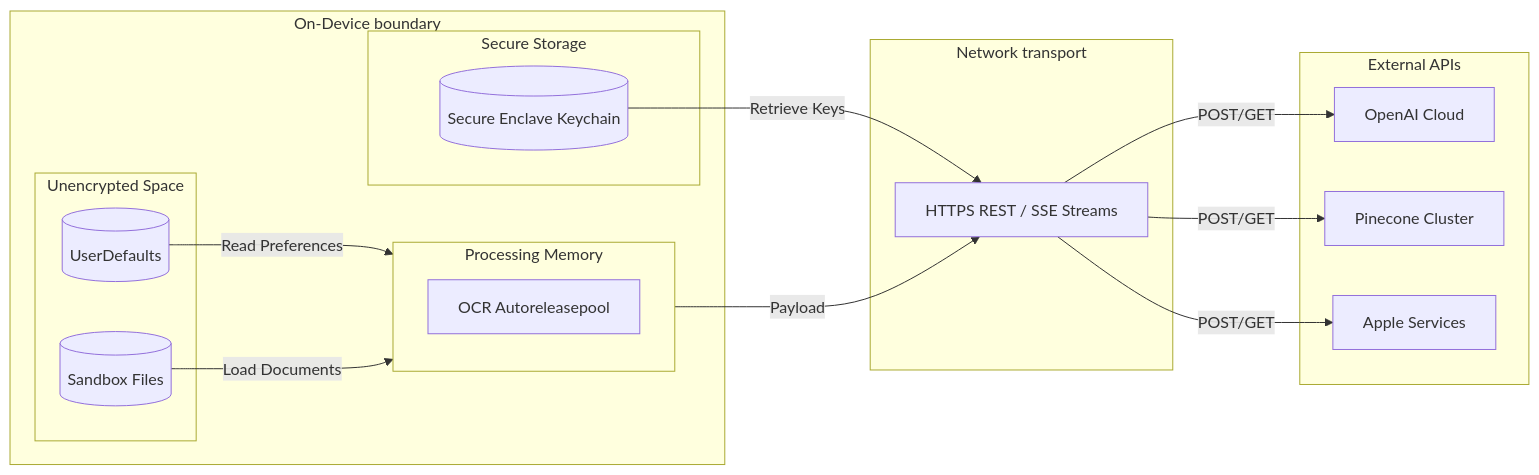
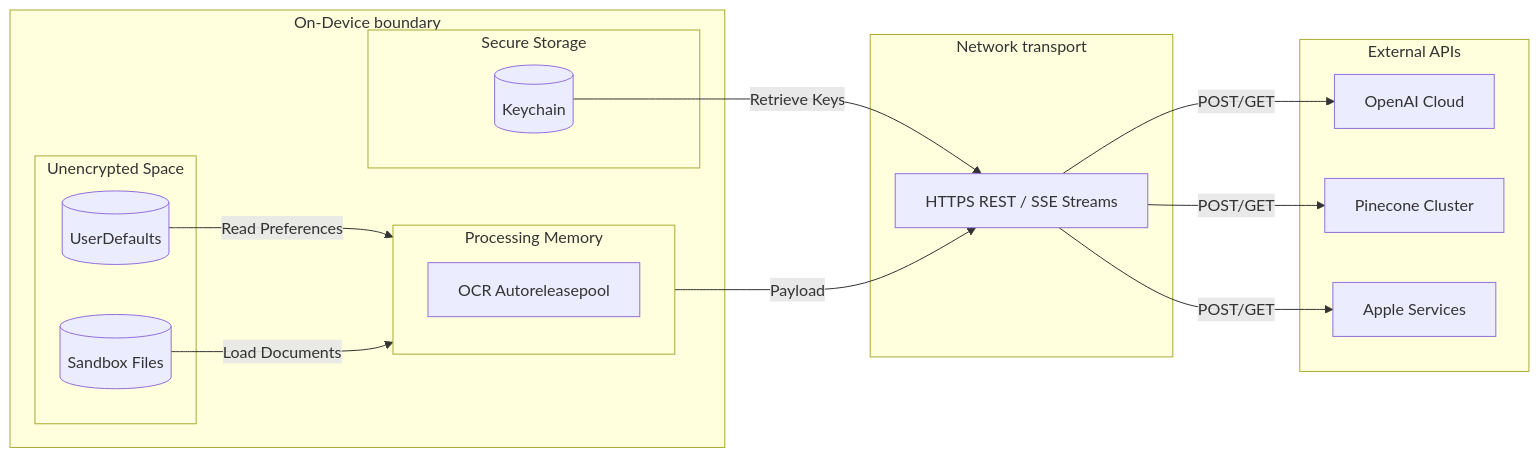
Before and after one commit to Gunnarguy/OpenCone: the fourth of 4 diagrams in README.md, drawn with Mermaid. The commit also changed other lines of this file and 3 other files, not shown here.

````diff
--- a/README.md
+++ b/README.md
@@ -146,32 +146,32 @@
 ```mermaid
 flowchart LR
     subgraph LocalDevice["On-Device boundary"]
         subgraph SafeStorage["Secure Storage"]
-            KC[(Secure Enclave Keychain)]
+            KC[(Keychain)]
         end
         subgraph PlainStorage["Unencrypted Space"]
             UD[(UserDefaults)]
             SB[(Sandbox Files)]
         end
         subgraph LogicMemory["Processing Memory"]
             MEM[OCR Autoreleasepool]
         end
     end
 
     subgraph Net["Network transport"]
         HTTPS[HTTPS REST / SSE Streams]
     end
 
     subgraph Cloud["External APIs"]
         OAI[OpenAI Cloud]
         PCN[Pinecone Cluster]
         APL[Apple Services]
     end
 
     %% Flows
     KC -->|Retrieve Keys| HTTPS
     UD -->|Read Preferences| LogicMemory
     SB -->|Load Documents| LogicMemory
     LogicMemory -->|Payload| HTTPS
     HTTPS -->|POST/GET| OAI & PCN & APL
 ```
````
